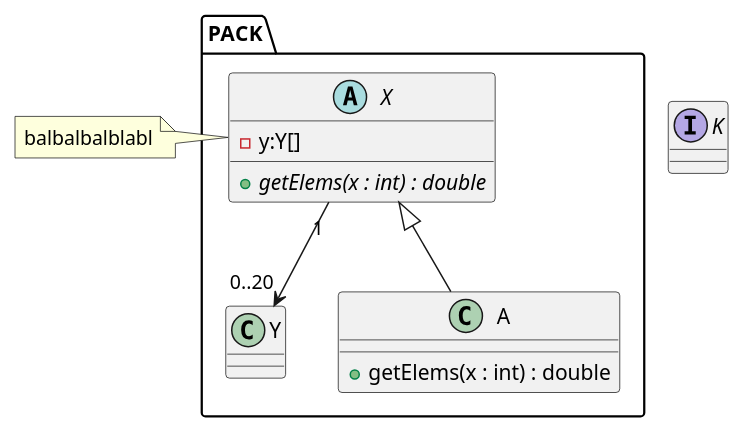
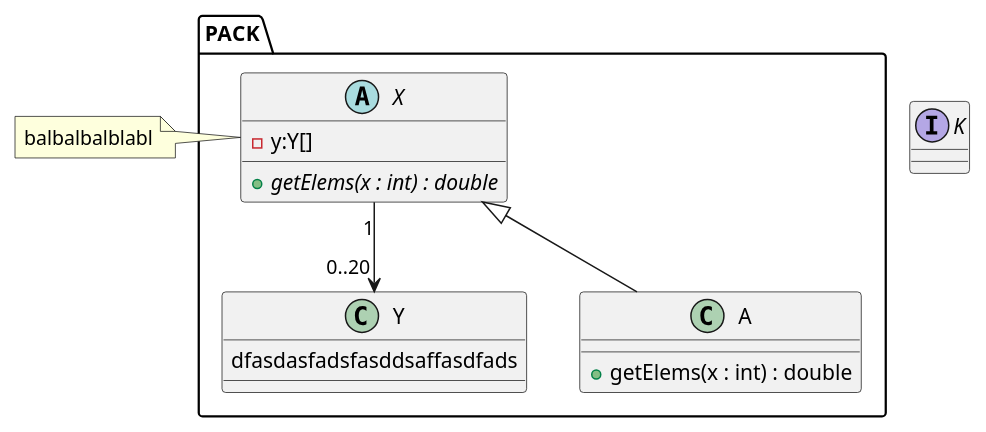
One commit to itsNikk/2526-4AI changed the diagram in src/src/UMLExercises/CDs/TestSyntax.puml. Above: the diagram before and after it, drawn with PlantUML.

```diff
--- a/src/src/UMLExercises/CDs/TestSyntax.puml
+++ b/src/src/UMLExercises/CDs/TestSyntax.puml
@@ -1,36 +1,36 @@
 @startuml
 
 
 
 package PACK{
 
 abstract class X{
 -y:Y[]
 
 + {abstract} getElems(x : int) : double
 
 }
 
 class Y {
-
+dfasdasfadsfasddsaffasdfads
 
 }
 
 class A {
 +  getElems(x : int) : double
 }
 
 }
 
 interface K{}
 
 
 note left of X
 balbalbalblabl
 end note
 
 X <|-- A
 X "1" --> "0..20" Y
 
 
 @enduml
```
